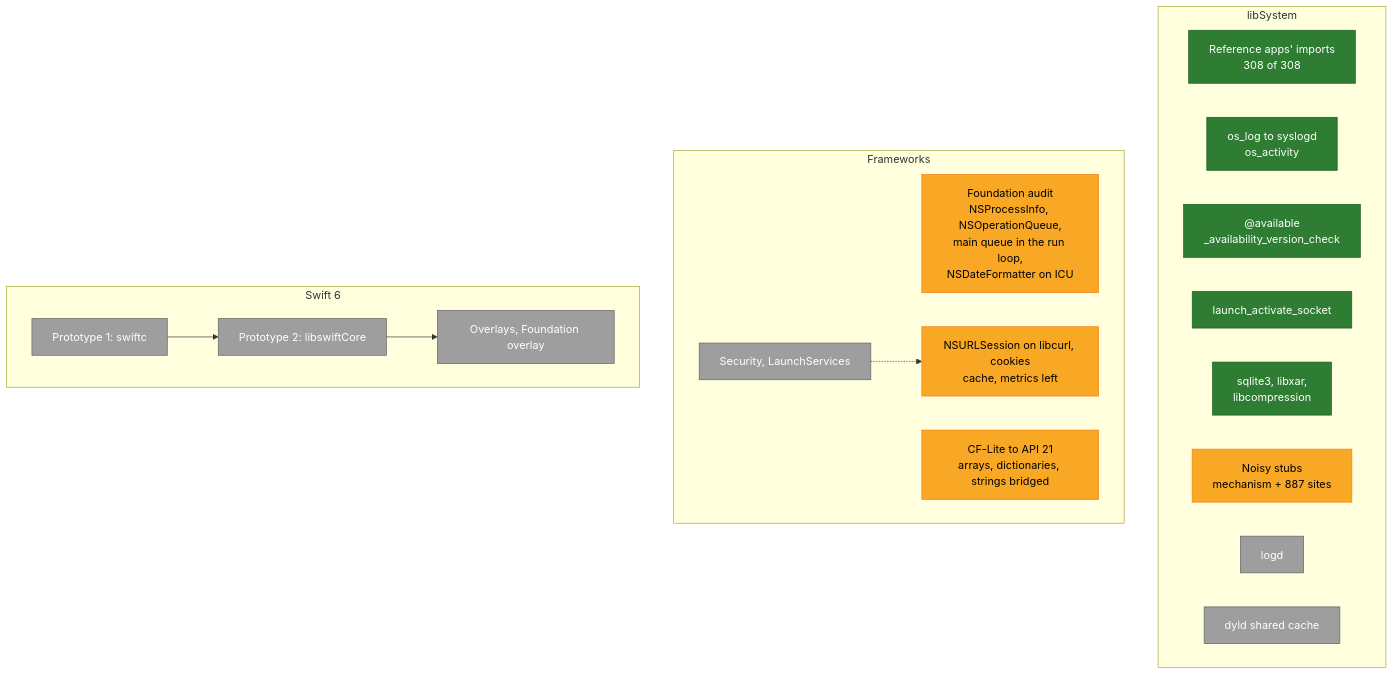
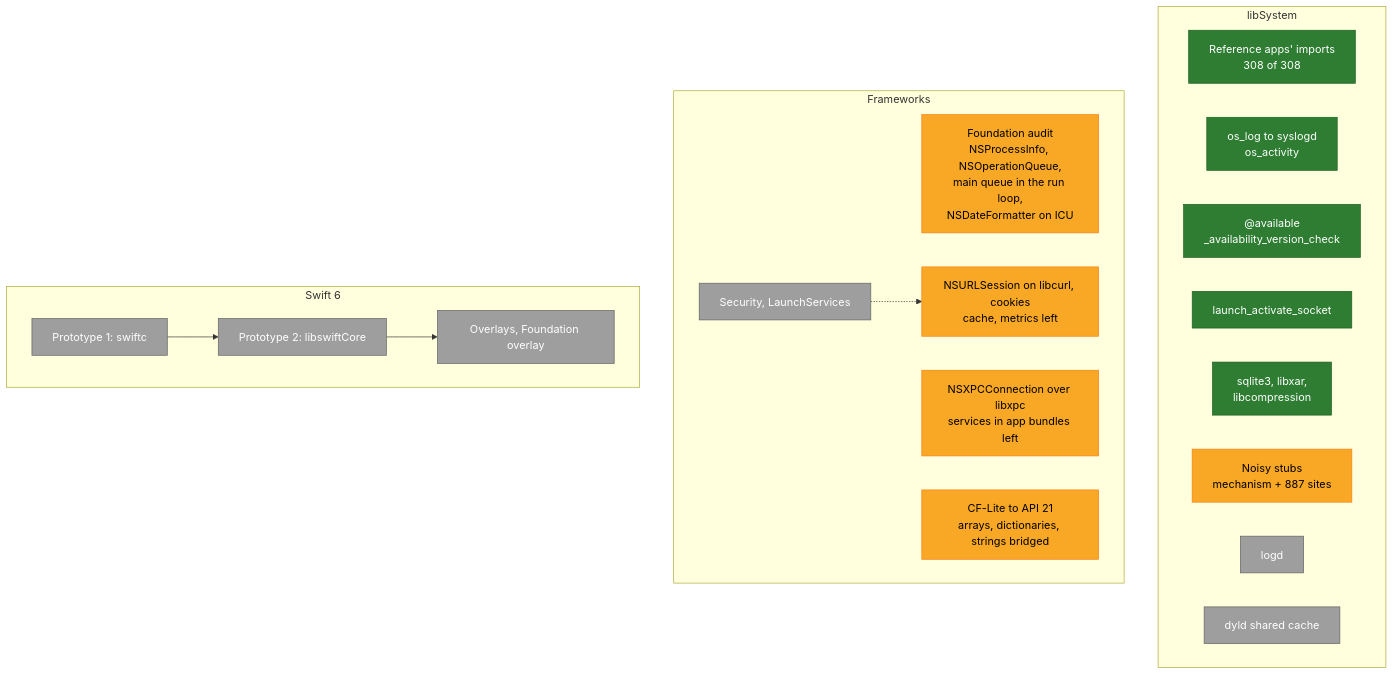
The second of 4 diagrams in Docs/Progress.md (minkaros/minkar), drawn with Mermaid before and after one commit. The commit also changed 3 other files, not shown here.

First line of the commit message:
Docs: libxpc connections and NSXPCConnection

````diff
--- a/Docs/Progress.md
+++ b/Docs/Progress.md
@@ -37,30 +37,31 @@
 ```mermaid
 flowchart TB
     subgraph LS["libSystem"]
         L1["Reference apps' imports<br/>308 of 308"]:::done
         L2["os_log to syslogd<br/>os_activity"]:::done
         L3["@available<br/>_availability_version_check"]:::done
         L4["launch_activate_socket"]:::done
         L8["sqlite3, libxar,<br/>libcompression"]:::done
         L5["Noisy stubs<br/>mechanism + 887 sites"]:::partial
         L6["logd"]:::todo
         L7["dyld shared cache"]:::todo
     end
     subgraph FW["Frameworks"]
         F1["Foundation audit<br/>NSProcessInfo, NSOperationQueue,<br/>main queue in the run loop,<br/>NSDateFormatter on ICU"]:::partial
         F2["NSURLSession on libcurl, cookies<br/>cache, metrics left"]:::partial
+        F5["NSXPCConnection over libxpc<br/>services in app bundles left"]:::partial
         F3["CF-Lite to API 21<br/>arrays, dictionaries, strings bridged"]:::partial
         F4["Security, LaunchServices"]:::todo
     end
     subgraph SW["Swift 6"]
         S1["Prototype 1: swiftc"]:::todo
         S2["Prototype 2: libswiftCore"]:::todo
         S3["Overlays, Foundation overlay"]:::todo
     end
     S1 --> S2 --> S3
     F4 -.-> F2
 
     classDef done fill:#2e7d32,stroke:#1b5e20,color:#fff
     classDef partial fill:#f9a825,stroke:#f57f17,color:#000
     classDef todo fill:#9e9e9e,stroke:#616161,color:#fff
 ```
````
